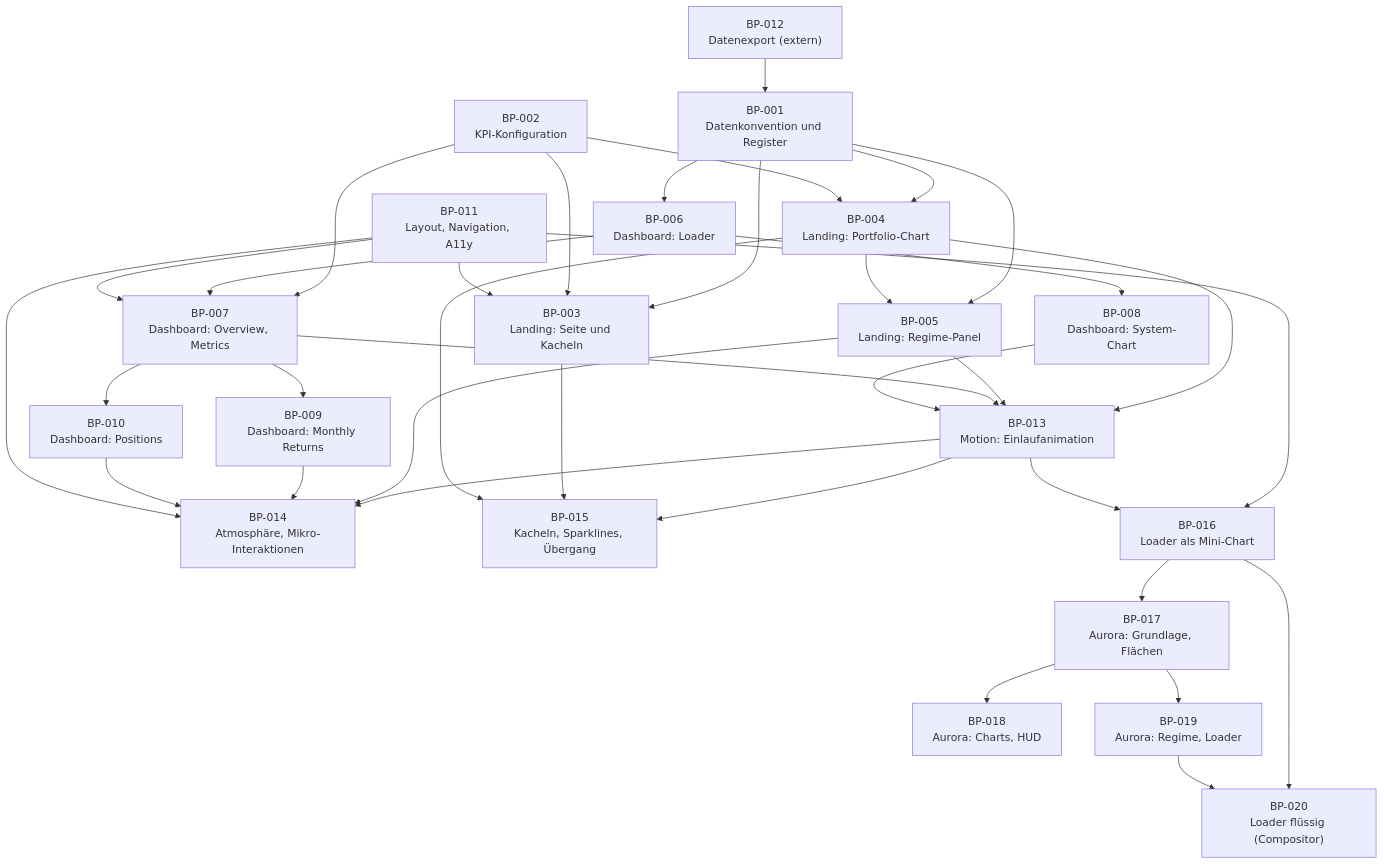
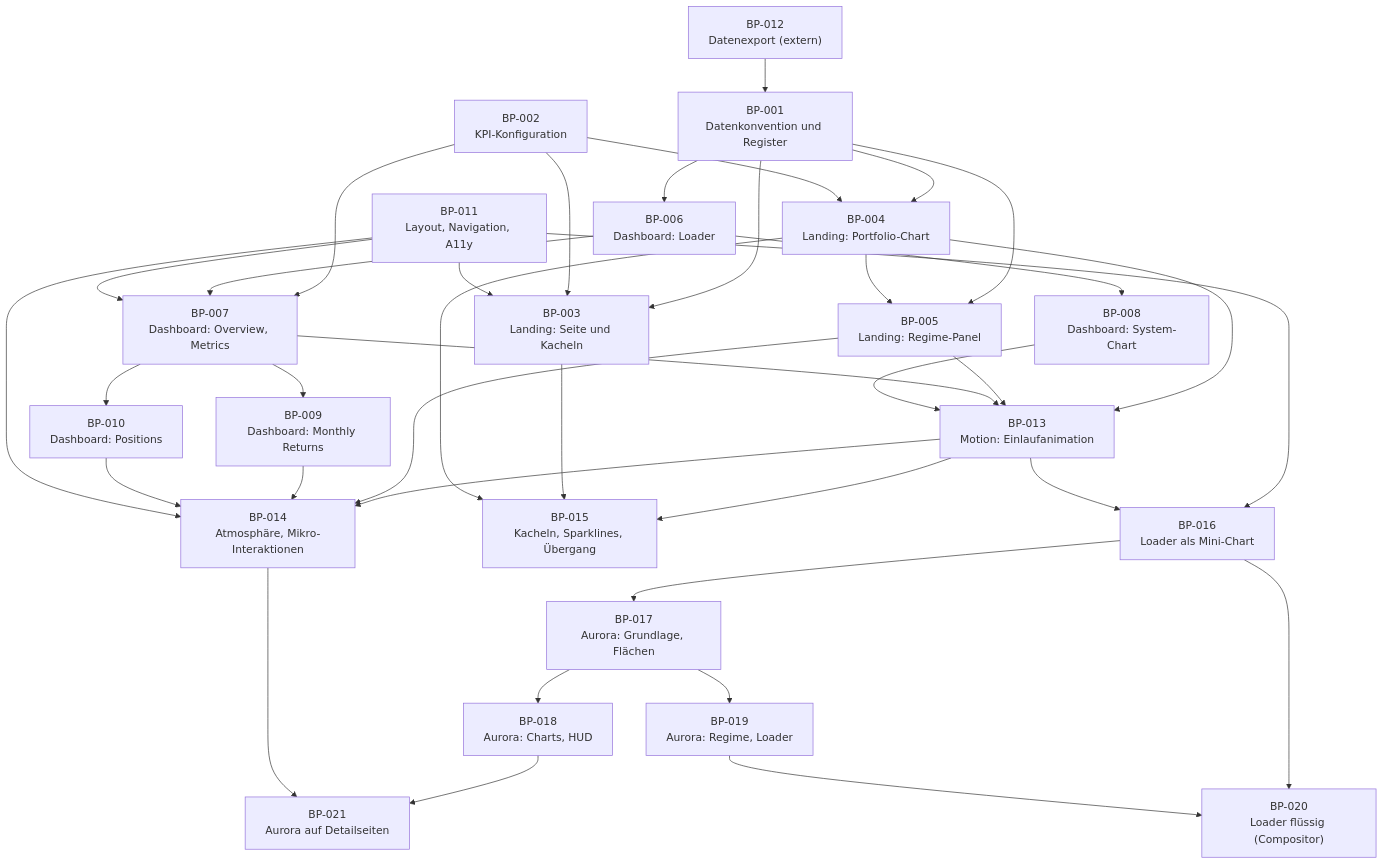
The diagram in docs/sdd/build_plan.md (github-ascnet/WL-Trading-Systems-Overview), drawn with Mermaid before and after one commit. The commit also changed other lines of this file and 7 other files, not shown here.

````diff
--- a/docs/sdd/build_plan.md
+++ b/docs/sdd/build_plan.md
@@ -44,58 +44,61 @@
 ```mermaid
 flowchart TD
     BP001["BP-001<br/>Datenkonvention und Register"]
     BP002["BP-002<br/>KPI-Konfiguration"]
     BP003["BP-003<br/>Landing: Seite und Kacheln"]
     BP004["BP-004<br/>Landing: Portfolio-Chart"]
     BP005["BP-005<br/>Landing: Regime-Panel"]
     BP006["BP-006<br/>Dashboard: Loader"]
     BP007["BP-007<br/>Dashboard: Overview, Metrics"]
     BP008["BP-008<br/>Dashboard: System-Chart"]
     BP009["BP-009<br/>Dashboard: Monthly Returns"]
     BP010["BP-010<br/>Dashboard: Positions"]
     BP011["BP-011<br/>Layout, Navigation, A11y"]
     BP012["BP-012<br/>Datenexport (extern)"]
     BP013["BP-013<br/>Motion: Einlaufanimation"]
     BP014["BP-014<br/>Atmosphäre, Mikro-Interaktionen"]
     BP015["BP-015<br/>Kacheln, Sparklines, Übergang"]
     BP016["BP-016<br/>Loader als Mini-Chart"]
     BP017["BP-017<br/>Aurora: Grundlage, Flächen"]
     BP018["BP-018<br/>Aurora: Charts, HUD"]
     BP019["BP-019<br/>Aurora: Regime, Loader"]
     BP020["BP-020<br/>Loader flüssig (Compositor)"]
+    BP021["BP-021<br/>Aurora auf Detailseiten"]
 
     BP012 --> BP001
     BP001 --> BP003
     BP001 --> BP004
     BP001 --> BP005
     BP001 --> BP006
     BP002 --> BP003
     BP002 --> BP004
     BP002 --> BP007
     BP006 --> BP007
     BP007 --> BP009
     BP007 --> BP010
     BP006 --> BP008
     BP004 --> BP005
     BP011 --> BP003
     BP011 --> BP007
     BP004 --> BP013
     BP005 --> BP013
     BP007 --> BP013
     BP008 --> BP013
     BP013 --> BP014
     BP005 --> BP014
     BP009 --> BP014
     BP010 --> BP014
     BP011 --> BP014
     BP013 --> BP015
     BP003 --> BP015
     BP004 --> BP015
     BP011 --> BP016
     BP013 --> BP016
     BP016 --> BP017
     BP017 --> BP018
     BP017 --> BP019
     BP016 --> BP020
     BP019 --> BP020
+    BP018 --> BP021
+    BP014 --> BP021
 ```
````
